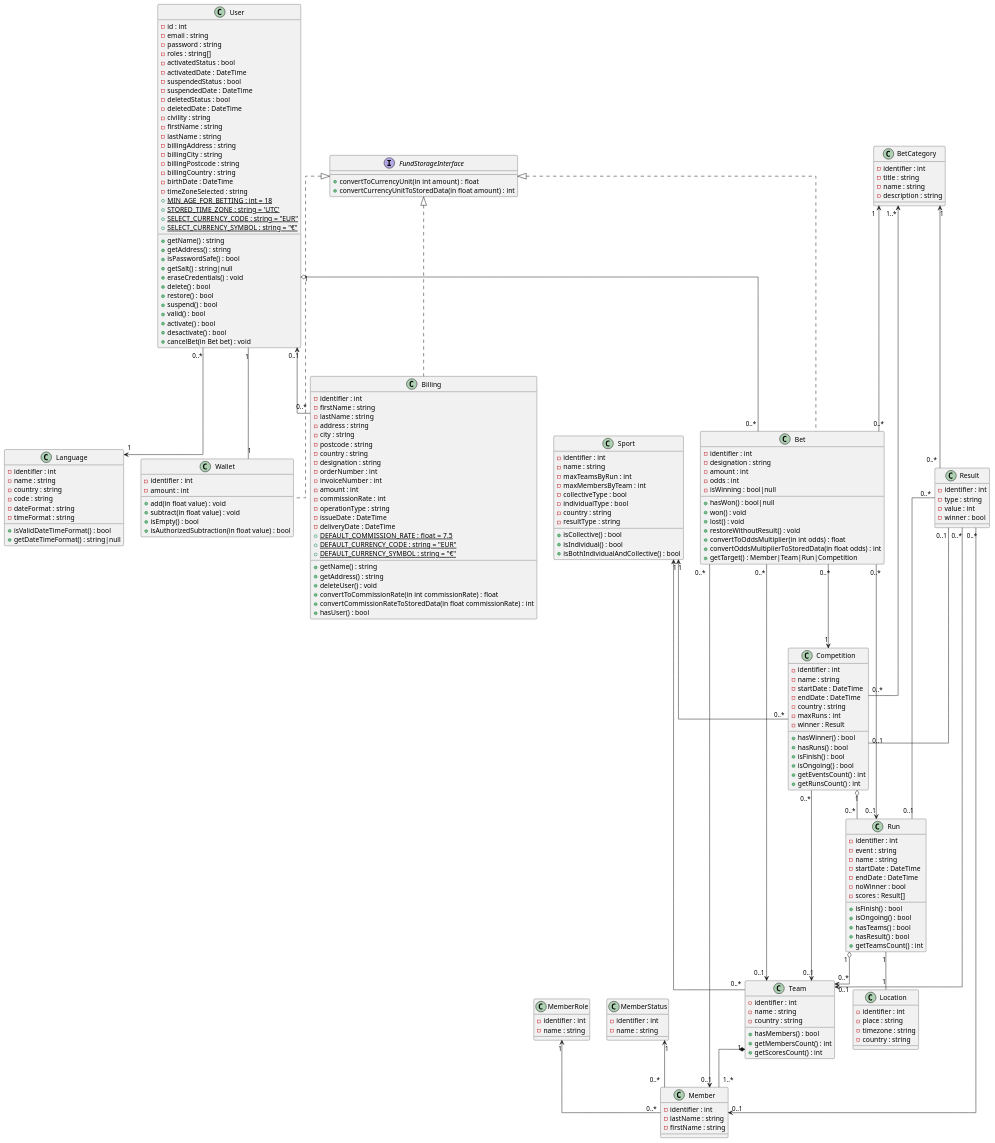
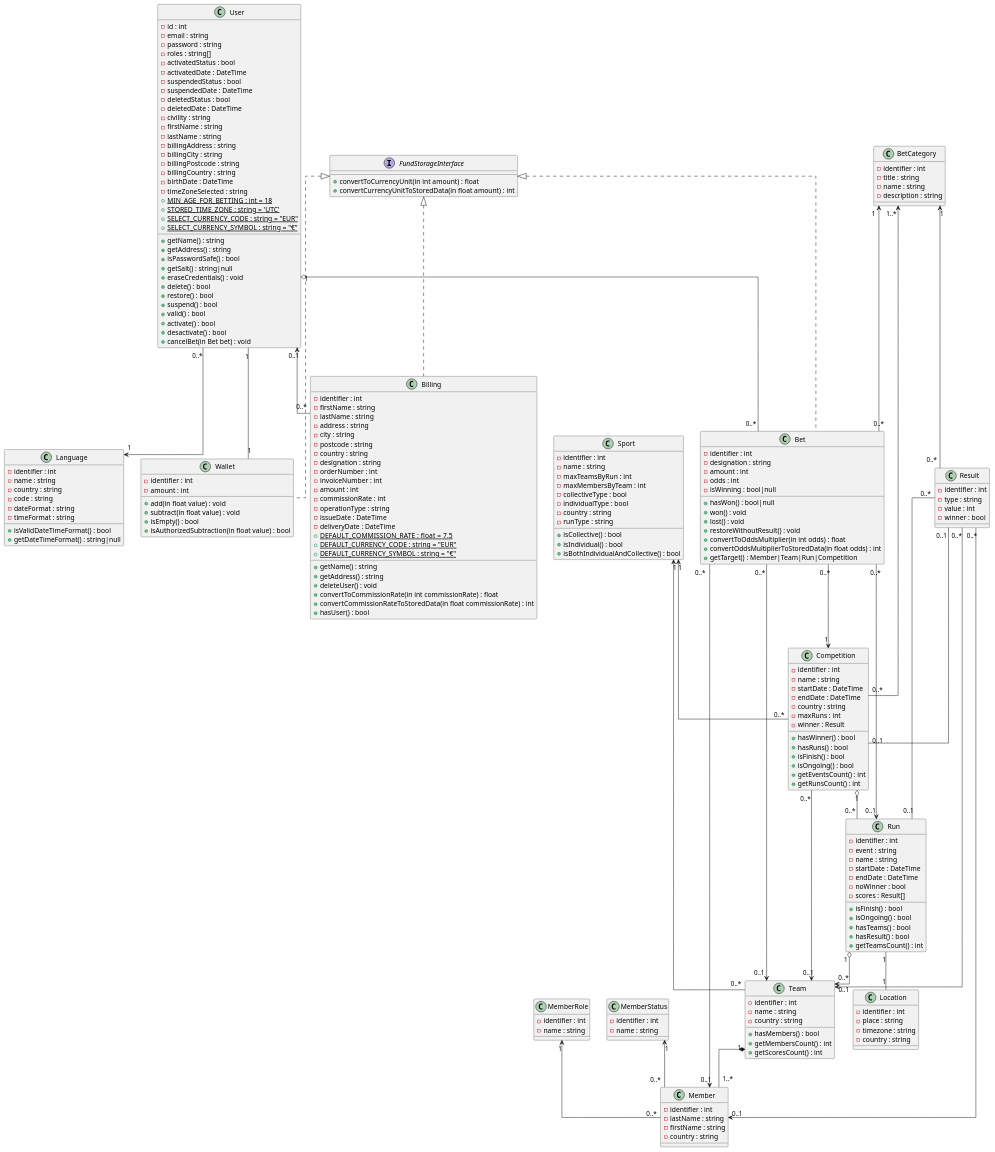
The diagram in docs/Uml/Diagramme_de_classe/Diagramme_de_classe.puml (OFP-CDA-Mulhouse-2020/parisportif5), drawn with PlantUML before and after one commit. The commit also changed 34 other files, not shown here.

```diff
--- a/docs/Uml/Diagramme_de_classe/Diagramme_de_classe.puml
+++ b/docs/Uml/Diagramme_de_classe/Diagramme_de_classe.puml
@@ -188,7 +188,7 @@
         -collectiveType : bool
         -individualType : bool
         -country : string
-        -resultType : string
+        -runType : string
         +isCollective() : bool
         +isIndividual() : bool
         +isBothIndividualAndCollective() : bool
@@ -236,6 +236,7 @@
         -identifier : int
         -lastName : string
         -firstName : string
+        -country : string
     }
     'Équipes qui participe à une rencontre, à une course
     class Team {
```
